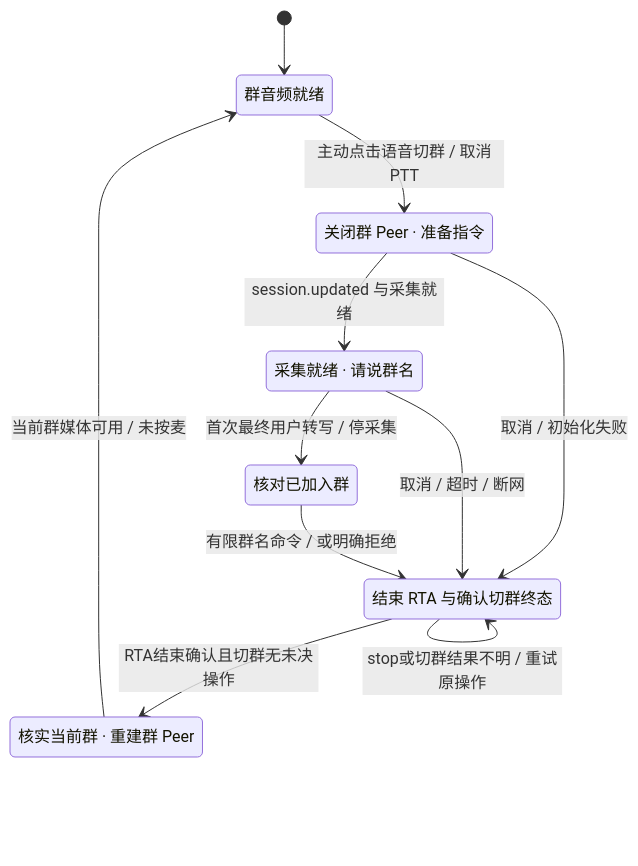
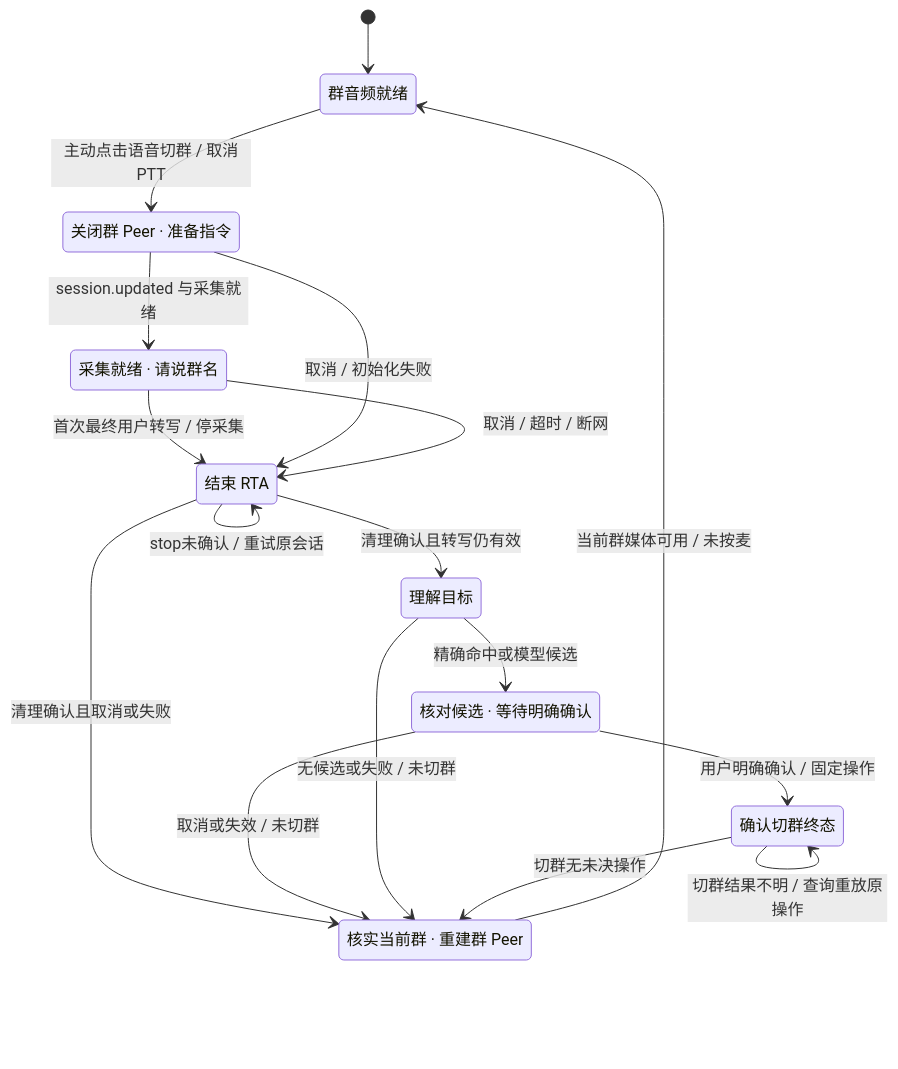
Before and after one commit to iewiad/miku-intercom: the fifth of 5 diagrams in README.md, drawn with Mermaid. The commit also changed other lines of this file and 62 other files, not shown here.

````diff
--- a/README.md
+++ b/README.md
@@ -165,19 +165,27 @@
 ```mermaid
 stateDiagram-v2
     [*] --> GroupReady
     state "群音频就绪" as GroupReady
     state "关闭群 Peer · 准备指令" as Preparing
     state "采集就绪 · 请说群名" as Listening
-    state "核对已加入群" as Resolving
-    state "结束 RTA 与确认切群终态" as Confirming
+    state "结束 RTA" as Cleaning
+    state "理解目标" as Resolving
+    state "核对候选 · 等待明确确认" as Reviewing
+    state "确认切群终态" as Confirming
     state "核实当前群 · 重建群 Peer" as Recovering
     GroupReady --> Preparing: 主动点击语音切群 / 取消PTT
     Preparing --> Listening: session.updated 与采集就绪
-    Listening --> Resolving: 首次最终用户转写 / 停采集
-    Preparing --> Confirming: 取消 / 初始化失败
-    Listening --> Confirming: 取消 / 超时 / 断网
-    Resolving --> Confirming: 有限群名命令 / 或明确拒绝
-    Confirming --> Confirming: stop或切群结果不明 / 重试原操作
-    Confirming --> Recovering: RTA结束确认且切群无未决操作
+    Listening --> Cleaning: 首次最终用户转写 / 停采集
+    Preparing --> Cleaning: 取消 / 初始化失败
+    Listening --> Cleaning: 取消 / 超时 / 断网
+    Cleaning --> Cleaning: stop未确认 / 重试原会话
+    Cleaning --> Resolving: 清理确认且转写仍有效
+    Cleaning --> Recovering: 清理确认且取消或失败
+    Resolving --> Reviewing: 精确命中或模型候选
+    Reviewing --> Confirming: 用户明确确认 / 固定操作
+    Reviewing --> Recovering: 取消或失效 / 未切群
+    Resolving --> Recovering: 无候选或失败 / 未切群
+    Confirming --> Confirming: 切群结果不明 / 查询重放原操作
+    Confirming --> Recovering: 切群无未决操作
     Recovering --> GroupReady: 当前群媒体可用 / 未按麦
 ```
````
